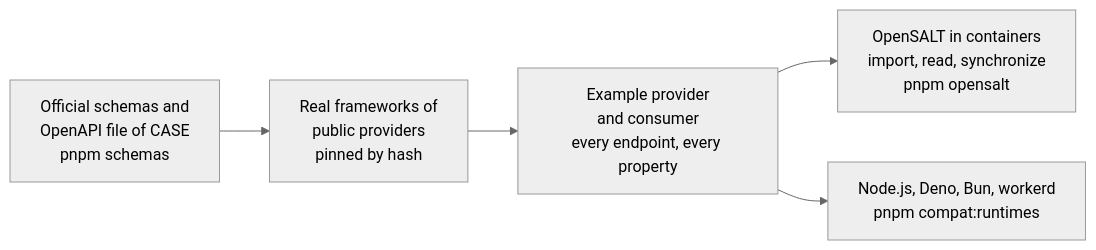
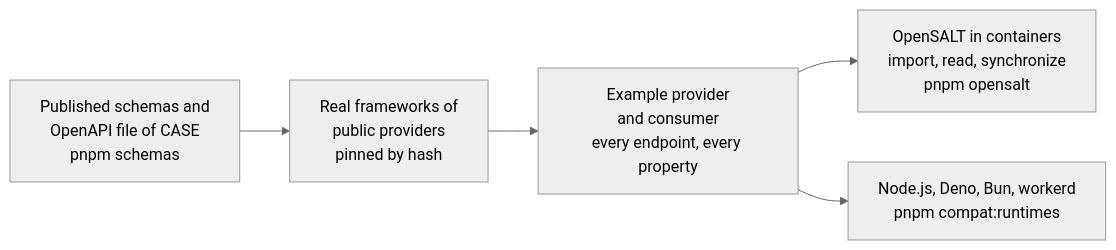
One commit to interopkit/interopkit changed the diagram in docs/competency-frameworks/evidence.md. Above: the diagram before and after it, drawn with Mermaid (neutral theme). The commit also changed other lines of this file and 81 other files, not shown here.

````diff
--- a/docs/competency-frameworks/evidence.md
+++ b/docs/competency-frameworks/evidence.md
@@ -7,7 +7,7 @@
 ```mermaid
 flowchart LR
-  schemas["Official schemas and<br/>OpenAPI file of CASE<br/>pnpm schemas"] --> frameworks["Real frameworks of<br/>public providers<br/>pinned by hash"]
+  schemas["Published schemas and<br/>OpenAPI file of CASE<br/>pnpm schemas"] --> frameworks["Real frameworks of<br/>public providers<br/>pinned by hash"]
   frameworks --> example["Example provider<br/>and consumer<br/>every endpoint, every property"]
   example --> opensalt["OpenSALT in containers<br/>import, read, synchronize<br/>pnpm opensalt"]
   example --> runtimes["Node.js, Deno, Bun, workerd<br/>pnpm compat:runtimes"]
 ```
````
